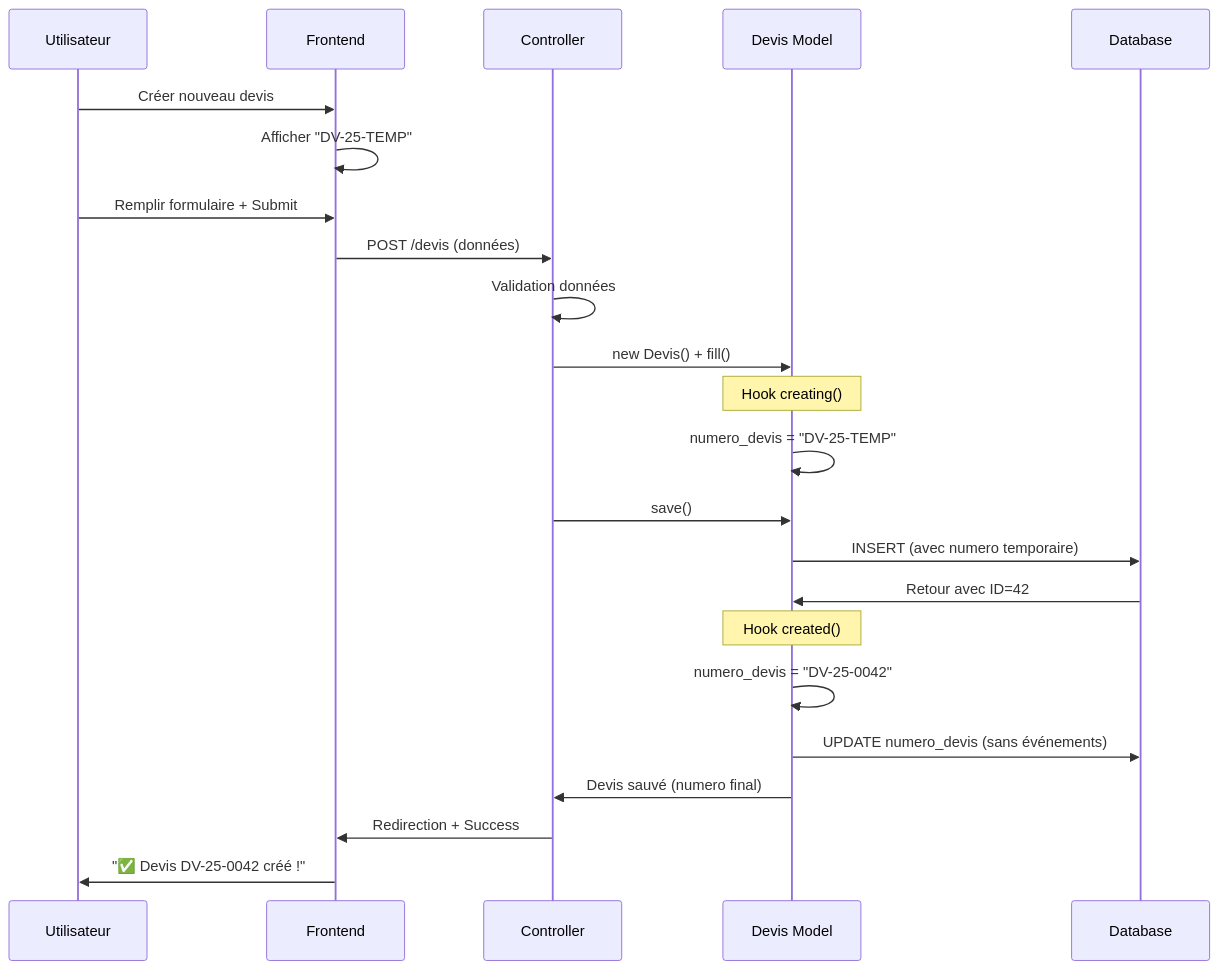
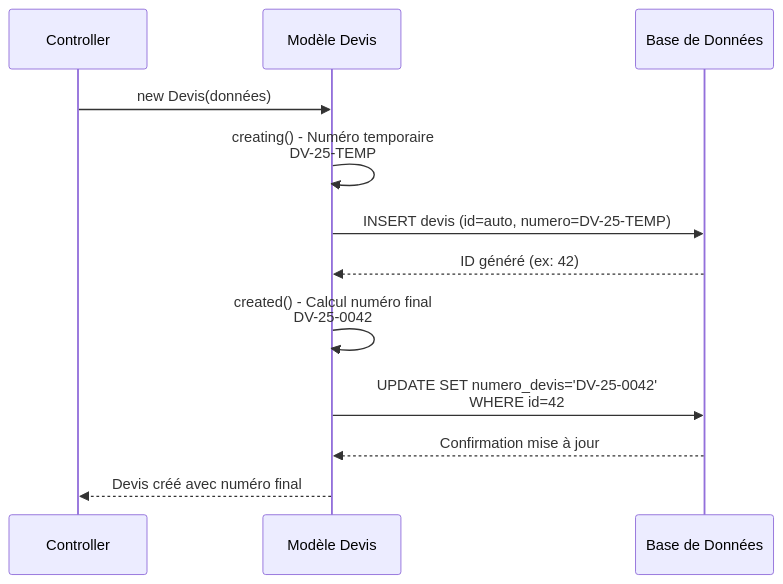
Before and after one commit to steeven-js/laravel-supabase-doc: the diagram in docs/dev/devis/04-auto-generation-numeros.md, drawn with Mermaid. The commit also changed other lines of this file and 4 other files, not shown here.

````diff
--- a/docs/dev/devis/04-auto-generation-numeros.md
+++ b/docs/dev/devis/04-auto-generation-numeros.md
@@ -297,31 +92,15 @@
 ```mermaid
 sequenceDiagram
-    participant U as Utilisateur
-    participant F as Frontend
     participant C as Controller
-    participant D as Devis Model
-    participant DB as Database
+    participant M as Modèle Devis
+    participant DB as Base de Données
     
-    U->>F: Créer nouveau devis
-    F->>F: Afficher "DV-25-TEMP"
-    U->>F: Remplir formulaire + Submit
-    F->>C: POST /devis (données)
-    
-    C->>C: Validation données
-    C->>D: new Devis() + fill()
-    
-    Note over D: Hook creating()
-    D->>D: numero_devis = "DV-25-TEMP"
-    
-    C->>D: save()
-    D->>DB: INSERT (avec numero temporaire)
-    DB->>D: Retour avec ID=42
-    
-    Note over D: Hook created()
-    D->>D: numero_devis = "DV-25-0042"
-    D->>DB: UPDATE numero_devis (sans événements)
-    
-    D->>C: Devis sauvé (numero final)
-    C->>F: Redirection + Success
-    F->>U: "✅ Devis DV-25-0042 créé !"
+    C->>M: new Devis(données)
+    M->>M: creating() - Numéro temporaire<br/>DV-25-TEMP
+    M->>DB: INSERT devis (id=auto, numero=DV-25-TEMP)
+    DB-->>M: ID généré (ex: 42)
+    M->>M: created() - Calcul numéro final<br/>DV-25-0042
+    M->>DB: UPDATE SET numero_devis='DV-25-0042'<br/>WHERE id=42
+    DB-->>M: Confirmation mise à jour
+    M-->>C: Devis créé avec numéro final
 ```
````
